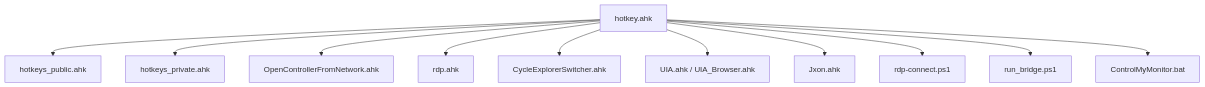
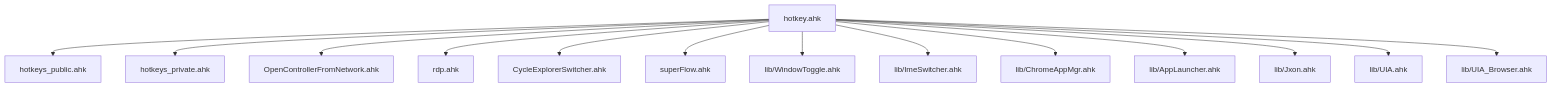
One commit to wangys-123doit/hotkey changed diagram 11 of 11 in .qoder/repowiki/zh/content/核心功能/热键管理系统.md. Above: the diagram before and after it, drawn with Mermaid. The commit also changed other lines of this file and 14 other files, not shown here.

````diff
--- a/.qoder/repowiki/zh/content/核心功能/热键管理系统.md
+++ b/.qoder/repowiki/zh/content/核心功能/热键管理系统.md
@@ -337,13 +378,16 @@
 ```mermaid
 graph TB
 Main["hotkey.ahk"] --> Pub["hotkeys_public.ahk"]
 Main --> Priv["hotkeys_private.ahk"]
 Main --> Dev["OpenControllerFromNetwork.ahk"]
 Main --> RDP["rdp.ahk"]
 Main --> Exp["CycleExplorerSwitcher.ahk"]
-Main --> UIA["UIA.ahk / UIA_Browser.ahk"]
-Main --> Jxon["Jxon.ahk"]
-Main --> PS1["rdp-connect.ps1"]
-Main --> PS2["run_bridge.ps1"]
-Main --> BAT["ControlMyMonitor.bat"]
+Main --> Super["superFlow.ahk"]
+Main --> WinToggle["lib/WindowToggle.ahk"]
+Main --> Ime["lib/ImeSwitcher.ahk"]
+Main --> ChromeMgr["lib/ChromeAppMgr.ahk"]
+Main --> AppLaunch["lib/AppLauncher.ahk"]
+Main --> Jxon["lib/Jxon.ahk"]
+Main --> UIA["lib/UIA.ahk"]
+Main --> UIABrowser["lib/UIA_Browser.ahk"]
 ```
````
